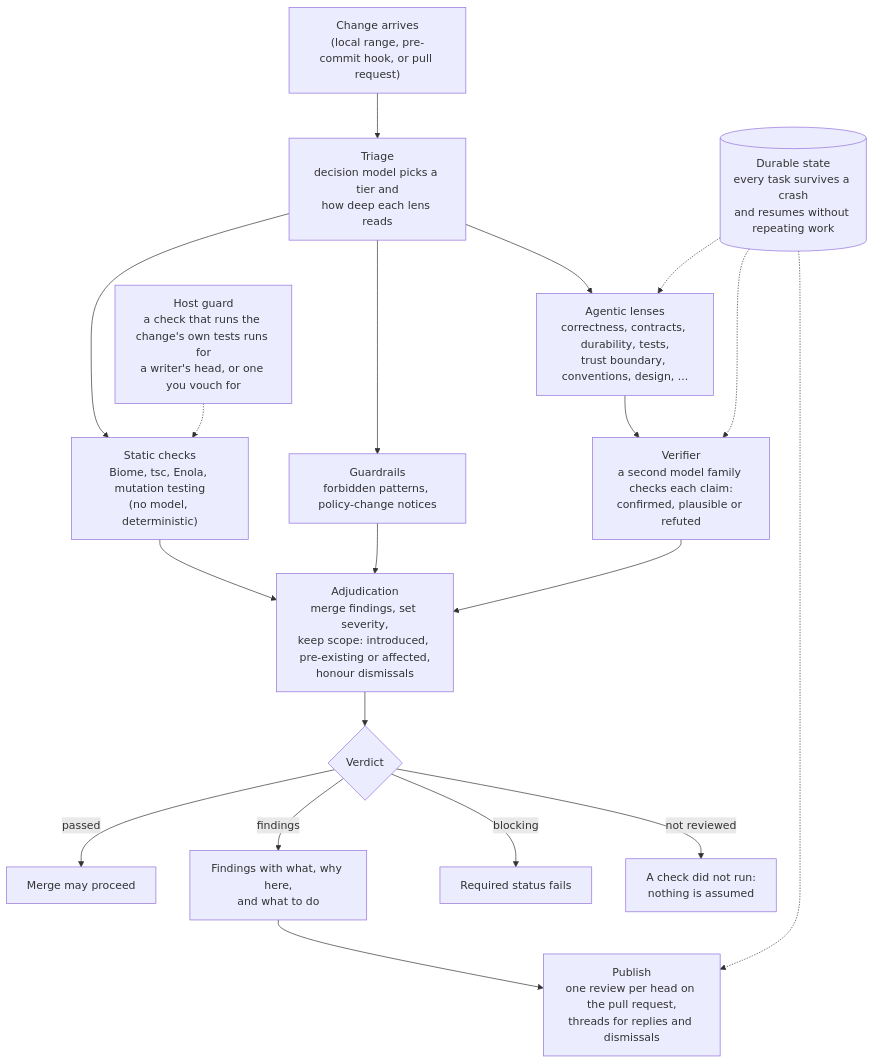
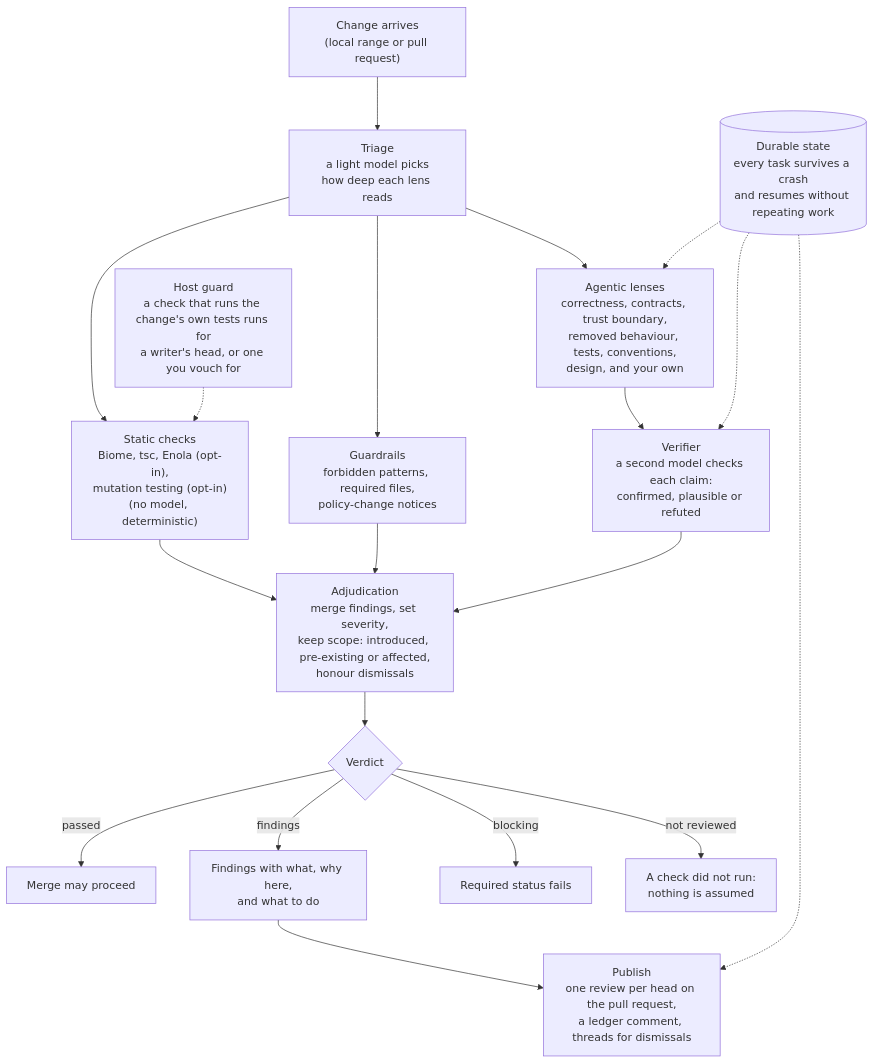
The diagram in README.md (melian-agent/melian), drawn with Mermaid before and after one commit. The commit also changed other lines of this file and 1 other file, not shown here.

````diff
--- a/README.md
+++ b/README.md
@@ -44,22 +44,22 @@
 ```mermaid
 flowchart TD
-    A["Change arrives<br/>(local range, pre-commit hook, or pull request)"] --> B["Triage<br/>decision model picks a tier and<br/>how deep each lens reads"]
-    B --> C["Static checks<br/>Biome, tsc, Enola, mutation testing<br/>(no model, deterministic)"]
-    B --> D["Guardrails<br/>forbidden patterns, policy-change notices"]
-    B --> E["Agentic lenses<br/>correctness, contracts, durability, tests,<br/>trust boundary, conventions, design, ..."]
-    E --> F["Verifier<br/>a second model family checks each claim:<br/>confirmed, plausible or refuted"]
+    A["Change arrives<br/>(local range or pull request)"] --> B["Triage<br/>a light model picks<br/>how deep each lens reads"]
+    B --> C["Static checks<br/>Biome, tsc, Enola (opt-in),<br/>mutation testing (opt-in)<br/>(no model, deterministic)"]
+    B --> D["Guardrails<br/>forbidden patterns, required files,<br/>policy-change notices"]
+    B --> E["Agentic lenses<br/>correctness, contracts, trust boundary,<br/>removed behaviour, tests, conventions,<br/>design, and your own"]
+    E --> F["Verifier<br/>a second model checks each claim:<br/>confirmed, plausible or refuted"]
     C --> G["Adjudication<br/>merge findings, set severity,<br/>keep scope: introduced, pre-existing or affected,<br/>honour dismissals"]
     D --> G
     F --> G
     G --> H{"Verdict"}
     H -->|passed| I["Merge may proceed"]
     H -->|findings| J["Findings with what, why here,<br/>and what to do"]
     H -->|blocking| K["Required status fails"]
     H -->|not reviewed| L["A check did not run:<br/>nothing is assumed"]
-    J --> M["Publish<br/>one review per head on the pull request,<br/>threads for replies and dismissals"]
+    J --> M["Publish<br/>one review per head on the pull request,<br/>a ledger comment, threads for dismissals"]
 
     S[("Durable state<br/>every task survives a crash<br/>and resumes without repeating work")] -.-> E
     S -.-> F
     S -.-> M
     T["Host guard<br/>a check that runs the change's own tests runs for<br/>a writer's head, or one you vouch for"] -.-> C
 ```
````
